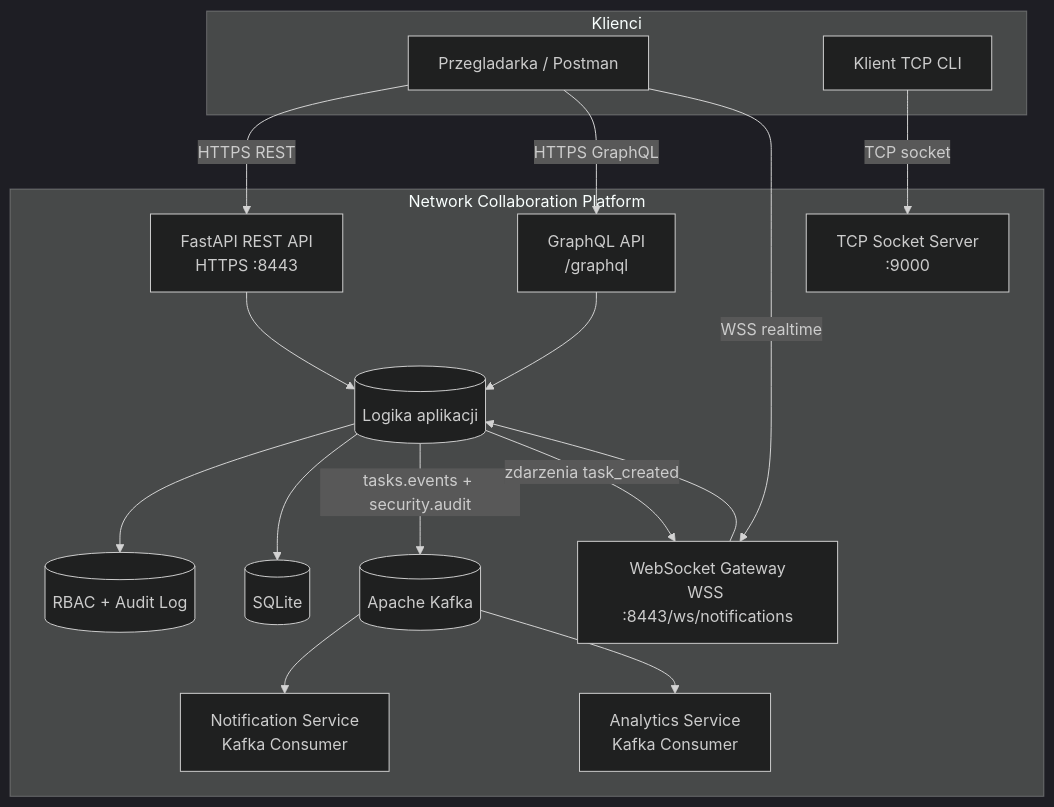
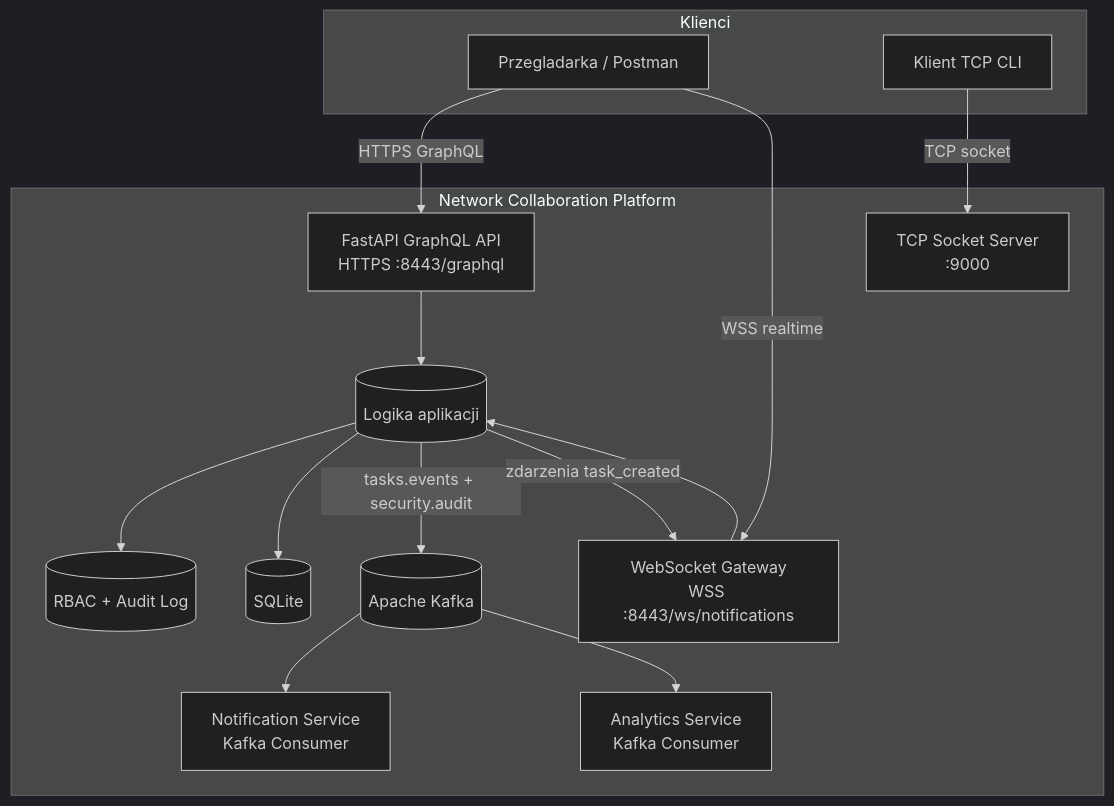
The diagram in docs/ARCHITECTURE.md (oleksiitrembach/network-collaboration-platform), drawn with Mermaid (dark theme) before and after one commit. The commit also changed other lines of this file and 17 other files, not shown here.

Commit message:
feat: add PYTHONUNBUFFERED for container logging; expand ARCHITECTURE.md with deep-dive sections

````diff
--- a/docs/ARCHITECTURE.md
+++ b/docs/ARCHITECTURE.md
@@ -3,35 +3,32 @@
 ```mermaid
 flowchart TB
     subgraph Clients[Klienci]
         U1[Przegladarka / Postman]
         U2[Klient TCP CLI]
     end
 
     subgraph Platform[Network Collaboration Platform]
-        API[FastAPI REST API\nHTTPS :8443]
-        GQL[GraphQL API\n/graphql]
-        WS[WebSocket Gateway\nWSS :8443/ws/notifications]
+        API[FastAPI GraphQL API<br/>HTTPS :8443/graphql]
+        WS[WebSocket Gateway<br/>WSS :8443/ws/notifications]
         APP[(Logika aplikacji)]
         DB[(SQLite)]
         KAFKA[(Apache Kafka)]
-        NS[Notification Service\nKafka Consumer]
-        AS[Analytics Service\nKafka Consumer]
+        NS[Notification Service<br/>Kafka Consumer]
+        AS[Analytics Service<br/>Kafka Consumer]
         SEC[(RBAC + Audit Log)]
-        TCP[TCP Socket Server\n:9000]
+        TCP[TCP Socket Server<br/>:9000]
     end
 
-    U1 -->|HTTPS REST| API
-    U1 -->|HTTPS GraphQL| GQL
+    U1 -->|HTTPS GraphQL| API
     U1 -->|WSS realtime| WS
     U2 -->|TCP socket| TCP
 
     API --> APP
-    GQL --> APP
     WS --> APP
     APP --> SEC
     APP --> DB
     APP -->|tasks.events + security.audit| KAFKA
     KAFKA --> NS
     KAFKA --> AS
     APP -->|zdarzenia task_created| WS
 ```
````
